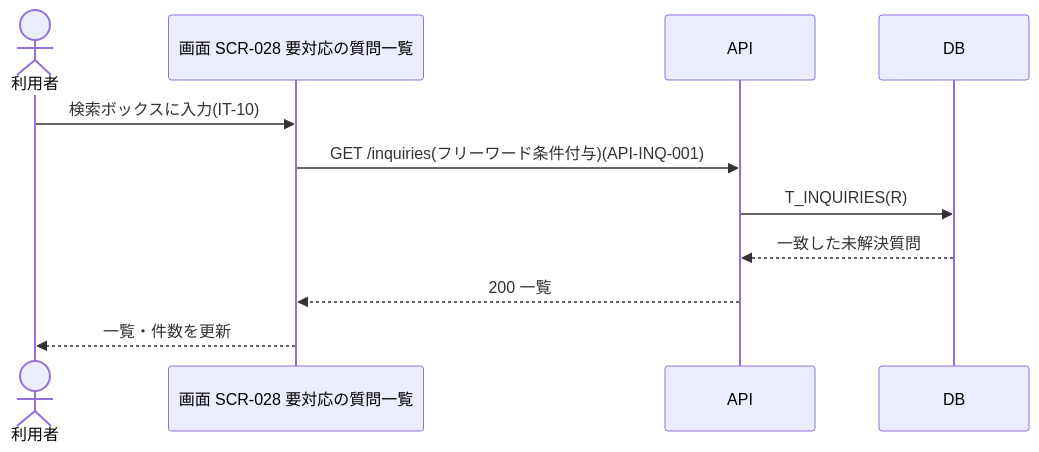
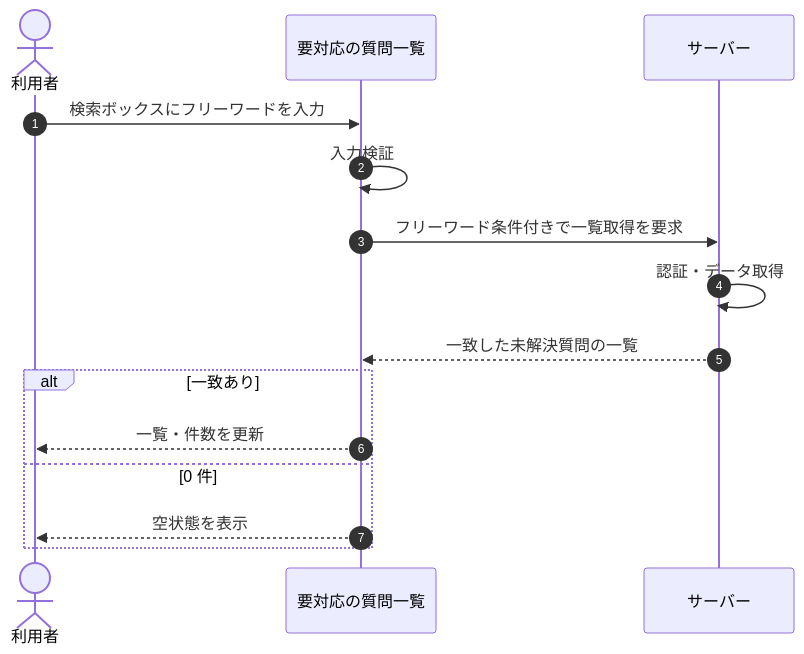
The diagram in 02_basic_design/05_sequences/SEQ-019.md (sikakou54/open-faq), drawn with Mermaid before and after one commit. The commit also changed other lines of this file and 108 other files, not shown here.

First line of the commit message:
基本設計: シーケンス図を基本設計粒度(ユーザー/画面/サーバー)へ再編成

````diff
--- a/02_basic_design/05_sequences/SEQ-019.md
+++ b/02_basic_design/05_sequences/SEQ-019.md
@@ -25,13 +32,17 @@
 ```mermaid
 sequenceDiagram
+  autonumber
   actor U as 利用者
-  participant S as 画面 SCR-028 要対応の質問一覧
-  participant API as API
-  participant DB as DB
-  U->>S: 検索ボックスに入力(IT-10)
-  S->>API: GET /inquiries(フリーワード条件付与)(API-INQ-001)
-  API->>DB: T_INQUIRIES(R)
-  DB-->>API: 一致した未解決質問
-  API-->>S: 200 一覧
-  S-->>U: 一覧・件数を更新
+  participant Screen as 要対応の質問一覧
+  participant Server as サーバー
+  U->>Screen: 検索ボックスにフリーワードを入力
+  Screen->>Screen: 入力検証
+  Screen->>Server: フリーワード条件付きで一覧取得を要求
+  Server->>Server: 認証・データ取得
+  Server-->>Screen: 一致した未解決質問の一覧
+  alt 一致あり
+    Screen-->>U: 一覧・件数を更新
+  else 0 件
+    Screen-->>U: 空状態を表示
+  end
 ```
````
